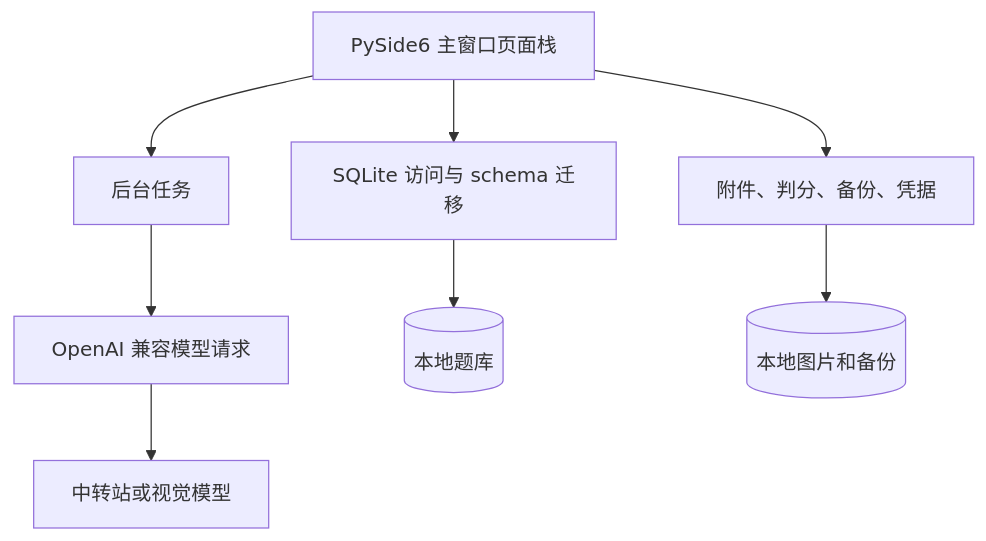
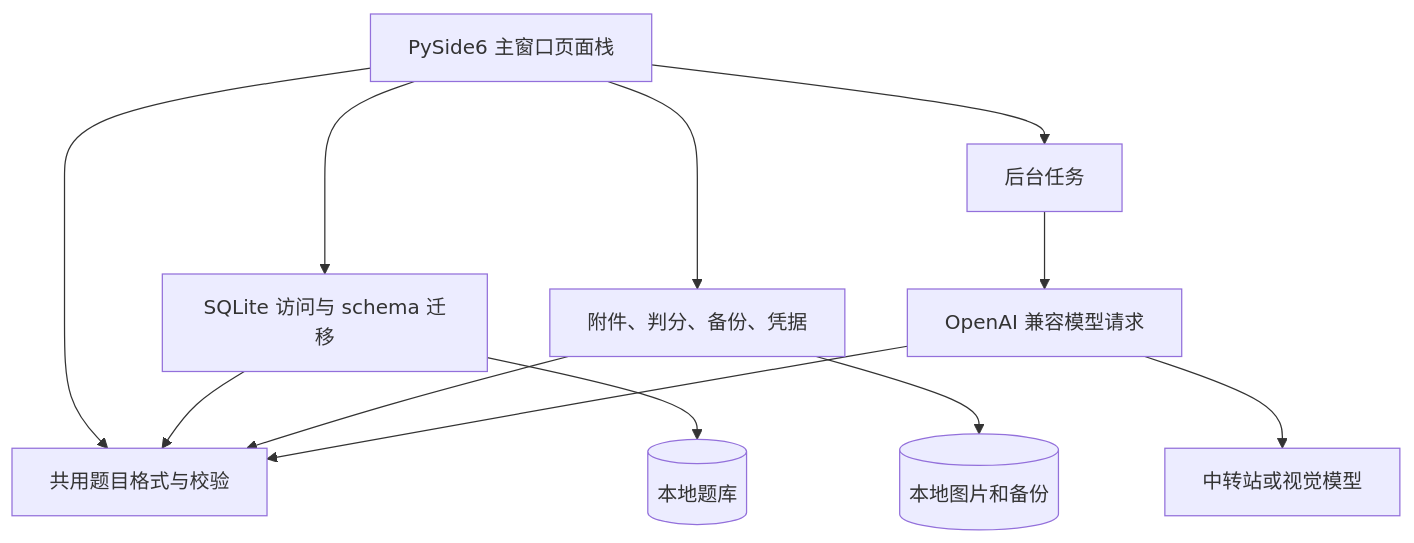
One commit to flandre0605/flandre-notebook changed the diagram in 开发手册.md. Above: the diagram before and after it, drawn with Mermaid. The commit also changed other lines of this file and 34 other files, not shown here.

````diff
--- a/开发手册.md
+++ b/开发手册.md
@@ -144,10 +191,14 @@
 ```mermaid
 flowchart TD
     UI[PySide6 主窗口页面栈] --> Store[SQLite 访问与 schema 迁移]
     UI --> Services[附件、判分、备份、凭据]
+    UI --> Question[共用题目格式与校验]
+    Store --> Question
+    Services --> Question
     UI --> Worker[后台任务]
     Worker --> Provider[OpenAI 兼容模型请求]
+    Provider --> Question
     Provider --> Relay[中转站或视觉模型]
     Store --> DB[(本地题库)]
     Services --> Files[(本地图片和备份)]
 ```
````
